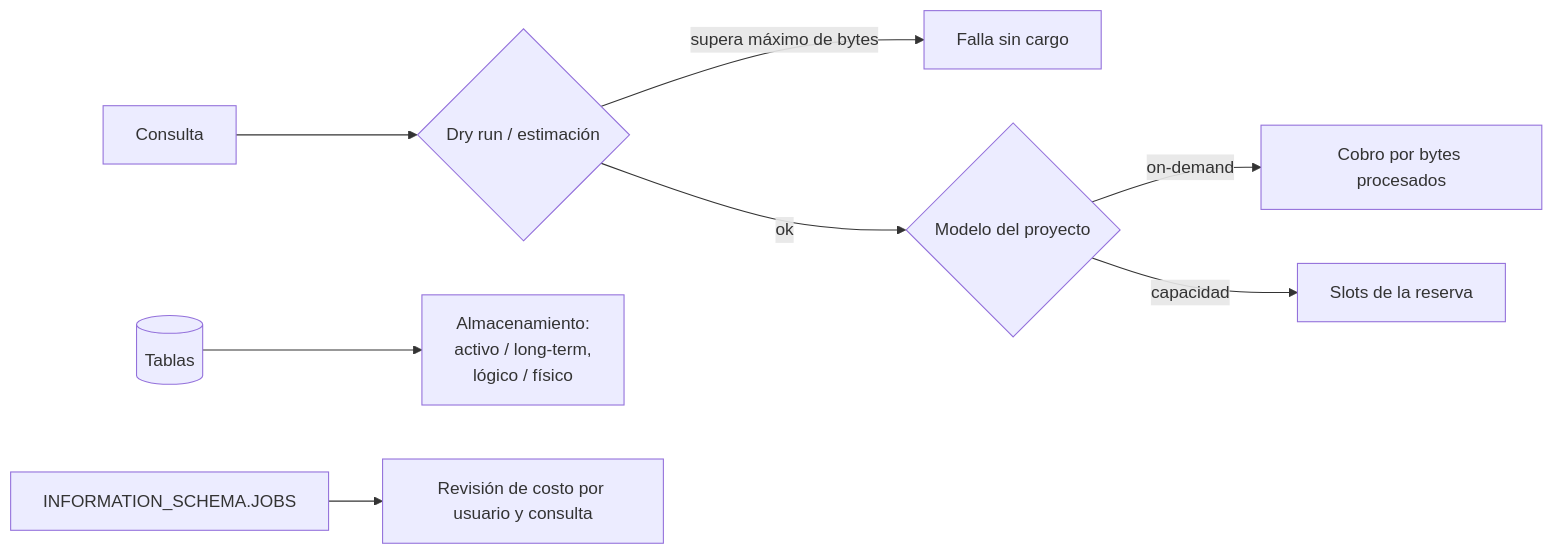
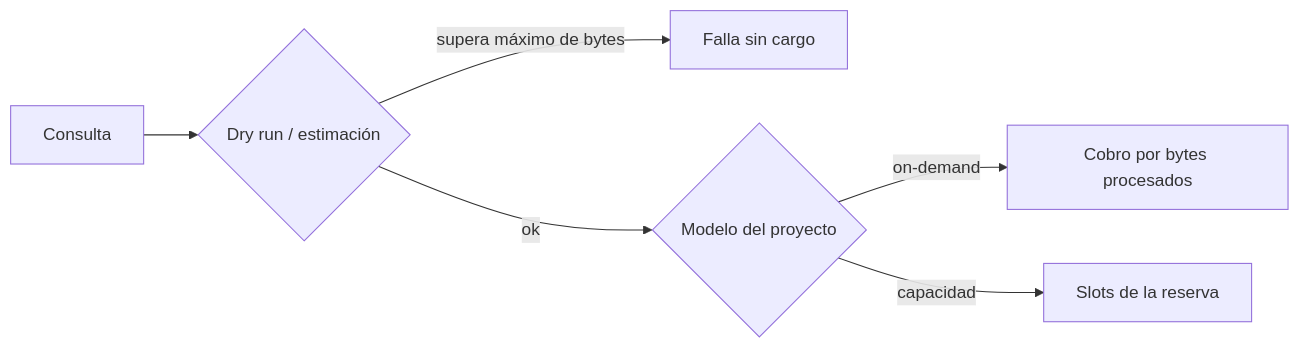
One commit to fcp4891/de-knowledge-hub changed the first of 2 diagrams in content/concepts/bigquery-cost-model.md. Above: the diagram before and after it, drawn with Mermaid. The commit also changed other lines of this file and 20 other files, not shown here.

First line of the commit message:
§9 con el estándar de diagramas: 21 diagramas sobre 8 nodos o 10 aristas, rehechos

````diff
--- a/content/concepts/bigquery-cost-model.md
+++ b/content/concepts/bigquery-cost-model.md
@@ -189,10 +189,8 @@
 ```mermaid
 flowchart LR
   Q[Consulta] --> DR{Dry run / estimación}
   DR -->|supera máximo de bytes| X[Falla sin cargo]
   DR -->|ok| M{Modelo del proyecto}
   M -->|on-demand| B[Cobro por bytes procesados]
   M -->|capacidad| S[Slots de la reserva]
-  T[(Tablas)] --> ST[Almacenamiento:<br/>activo / long-term,<br/>lógico / físico]
-  J[INFORMATION_SCHEMA.JOBS] --> R[Revisión de costo por usuario y consulta]
 ```
````
